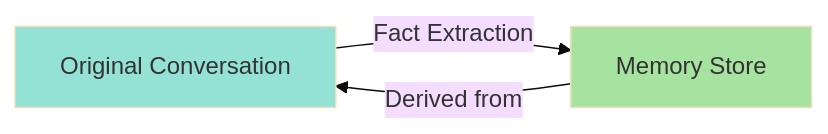
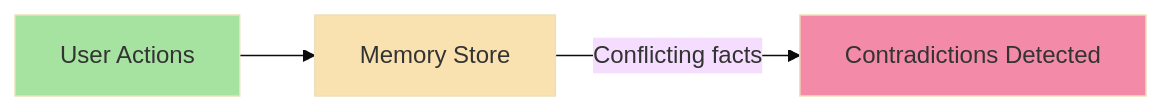
Before and after one commit to Amie-dev/FDE-and-GenAI-Mastery: the fourth of 8 diagrams in Lecture 19 - Agent Memory Systems/notes/05_Memory_Eviction_Contradiction_Resolution_and_Decay.md, drawn with Mermaid (base theme). The commit also changed other lines of this file and 9 other files, not shown here.

````diff
--- a/Lecture 19 - Agent Memory Systems/notes/05_Memory_Eviction_Contradiction_Resolution_and_Decay.md
+++ b/Lecture 19 - Agent Memory Systems/notes/05_Memory_Eviction_Contradiction_Resolution_and_Decay.md
@@ -321,8 +291,9 @@
 ```mermaid
 flowchart LR
-    A["Original Conversation"] -->|Fact Extraction| B["Memory Store"]
-    B -->|Derived from| A
+    User[User Actions] --> Memory["Memory Store"]
+    Memory -->|Conflicting facts| Contradictions["Contradictions Detected"]
     
-    style A fill:#94e2d5
-    style B fill:#a6e3a1
+    style User fill:#a6e3a1
+    style Memory fill:#f9e2af
+    style Contradictions fill:#f38ba8
 ```
````
